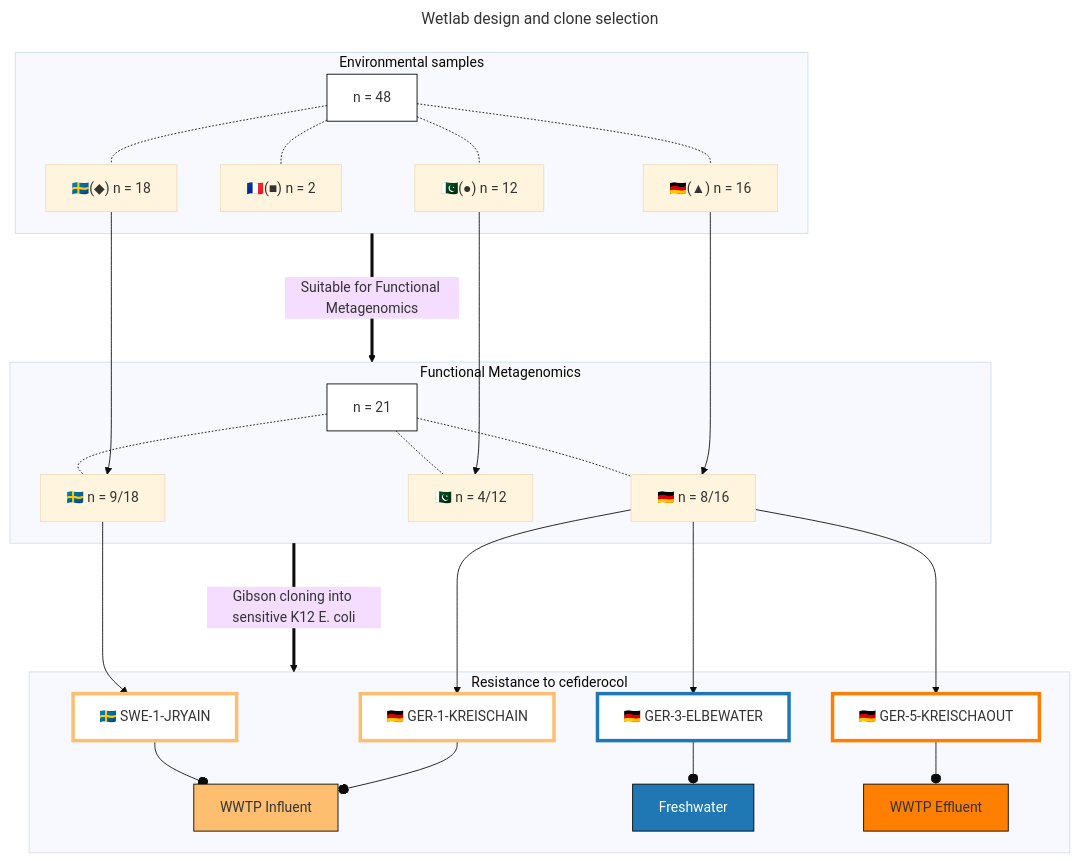
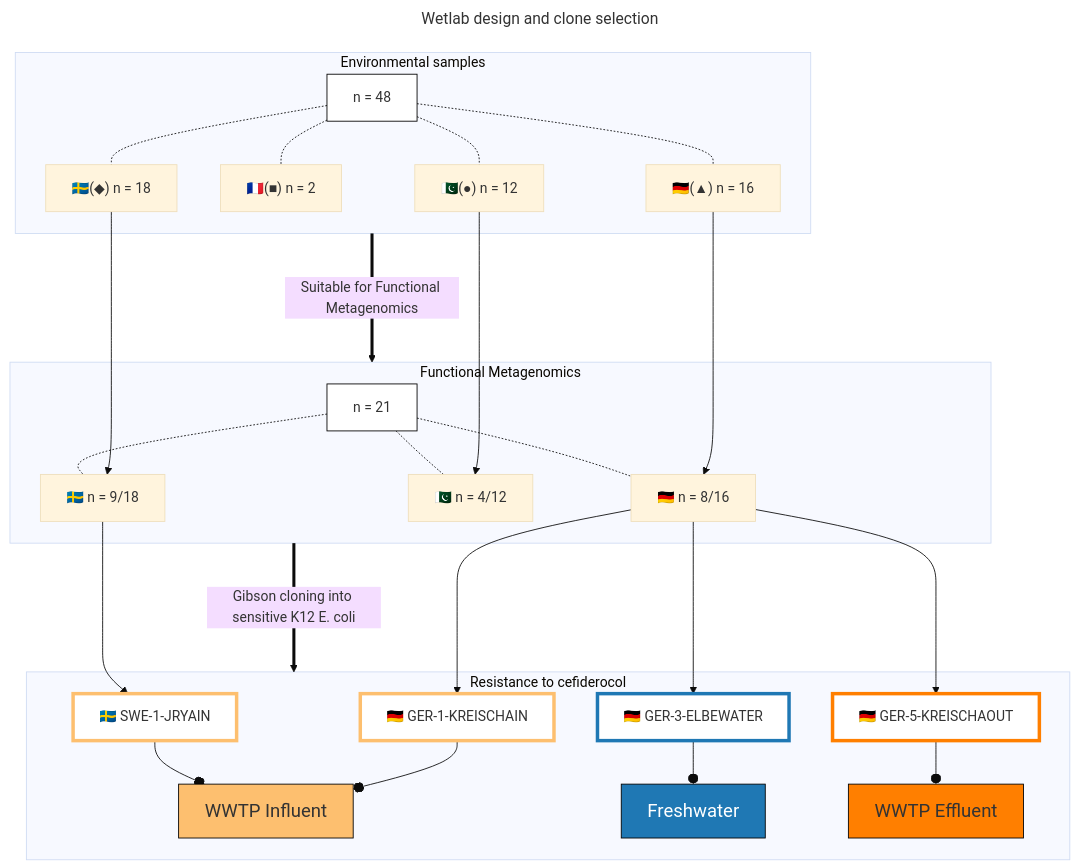
Before and after one commit to RemiGSC/Mgf_FDC: the first of 2 diagrams in README.md, drawn with Mermaid (base theme).

````diff
--- a/README.md
+++ b/README.md
@@ -9,54 +9,53 @@
 ```mermaid
 ---
 title: Wetlab design and clone selection
 ---
 flowchart TD
 	subgraph ev [Environmental samples]
 		A[n = 48] -.- A1["🇸🇪(◆) n = 18"]
 		A -.- A2["🇫🇷(■) n = 2"]
 		A -.- A3["🇩🇪(▲) n = 16"]
 		A -.- A4["🇵🇰(●) n = 12"]
 	end
 
 	subgraph fmg [Functional Metagenomics]
 		B[n = 21] -.- B1[🇸🇪 n = 9/18]
 		B -.- B3[🇩🇪 n = 8/16]
 		B -.- B4[🇵🇰 n = 4/12]
 	end
 
 	subgraph Rcef [Resistance to cefiderocol]
 			C1[🇸🇪 SWE-1-JRYAIN] --o WWIN[WWTP Influent]
 			C3a[🇩🇪 GER-1-KREISCHAIN] --o WWIN[WWTP Influent]
 			C3b[🇩🇪 GER-3-ELBEWATER] --o Fresh[Freshwater]
 			C3c[🇩🇪 GER-5-KREISCHAOUT] --o WWEF[WWTP Effluent]
 	end
 
 
 ev ==>|Suitable for Functional Metagenomics| fmg
 
 fmg ==>|Gibson cloning into sensitive K12 E. coli| Rcef
 
 A1 ----> B1
 A3 ----> B3
 A4 ----> B4
 
 B1 ---> C1
 B3 ---> C3a
 B3 ---> C3b
 B3 ---> C3c
 
 style A stroke:#000,fill:#fff
 style B stroke:#000,fill:#fff
 
 style C1 stroke:#fdbf6f,fill:#fff,stroke-width:4px
 style C3a stroke:#fdbf6f,fill:#fff,stroke-width:4px
 style C3b stroke:#1f78b4,fill:#fff,stroke-width:4px
 style C3c stroke:#ff7f00,fill:#fff,stroke-width:4px
 
-
-style WWIN stroke:#000,fill:#fdbf6f
-style Fresh stroke:#000,fill:#1f78b4,color:#fff
-style WWEF stroke:#000,fill:#ff7f00
+style WWIN stroke:#000,fill:#fdbf6f,font-size:110%
+style Fresh stroke:#000,fill:#1f78b4,color:#fff,font-size:110%
+style WWEF stroke:#000,fill:#ff7f00,font-size:110%
 
 
 ```
````
